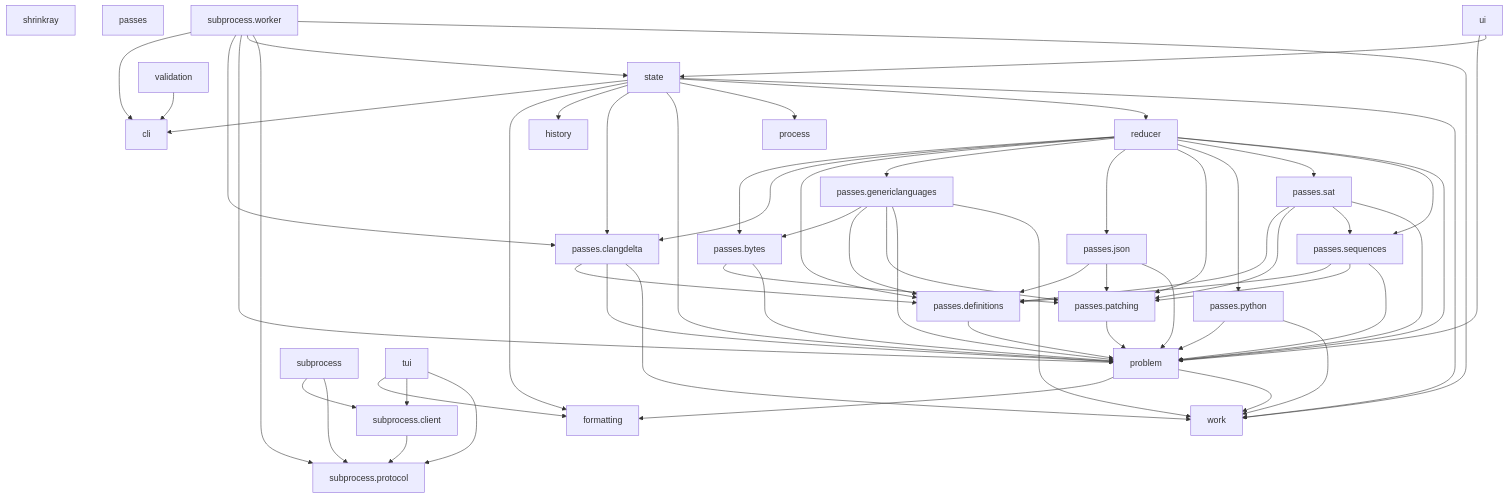
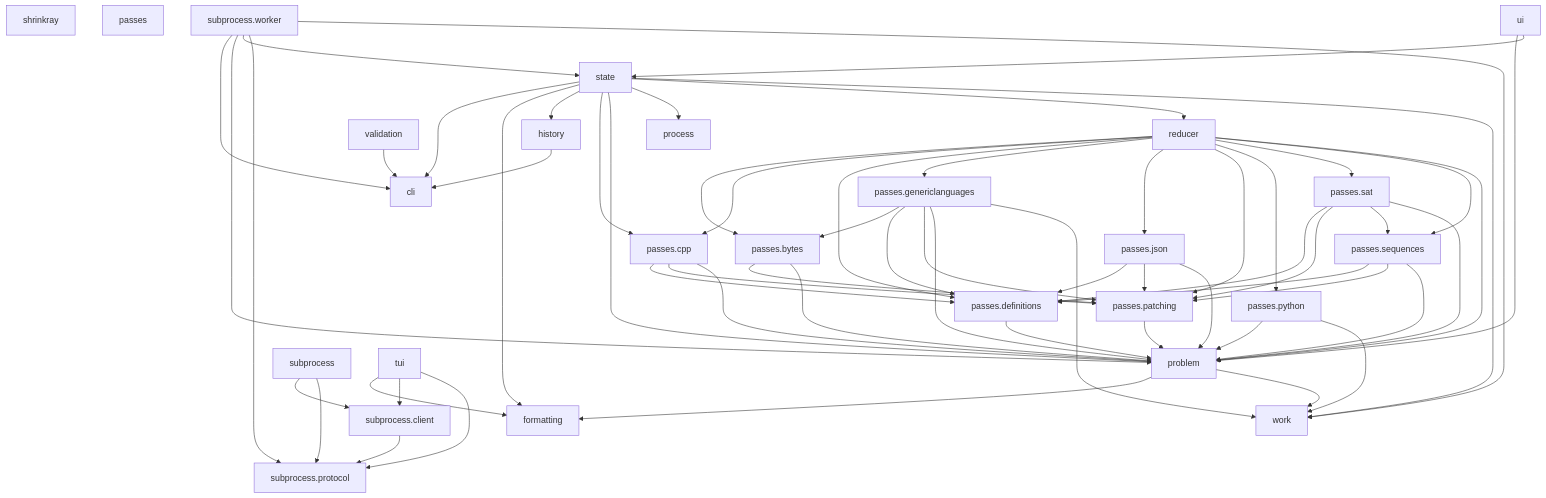
The diagram in notes/import-graph.md (DRMacIver/shrinkray), drawn with Mermaid before and after one commit. The commit also changed 22 other files, not shown here.

```diff
--- a/notes/import-graph.md
+++ b/notes/import-graph.md
@@ -12,7 +12,7 @@
     n3[history]
     n4[passes]
     n5[passes.bytes]
-    n6[passes.clangdelta]
+    n6[passes.cpp]
     n7[passes.definitions]
     n8[passes.genericlanguages]
     n9[passes.json]
@@ -33,11 +33,12 @@
     n24[validation]
     n25[work]
 
+    n3 --> n1
     n5 --> n10
     n5 --> n14
     n6 --> n7
+    n6 --> n10
     n6 --> n14
-    n6 --> n25
     n7 --> n14
     n8 --> n5
     n8 --> n7
@@ -81,7 +82,6 @@
     n18 --> n20
     n19 --> n20
     n21 --> n1
-    n21 --> n6
     n21 --> n14
     n21 --> n17
     n21 --> n20
```
